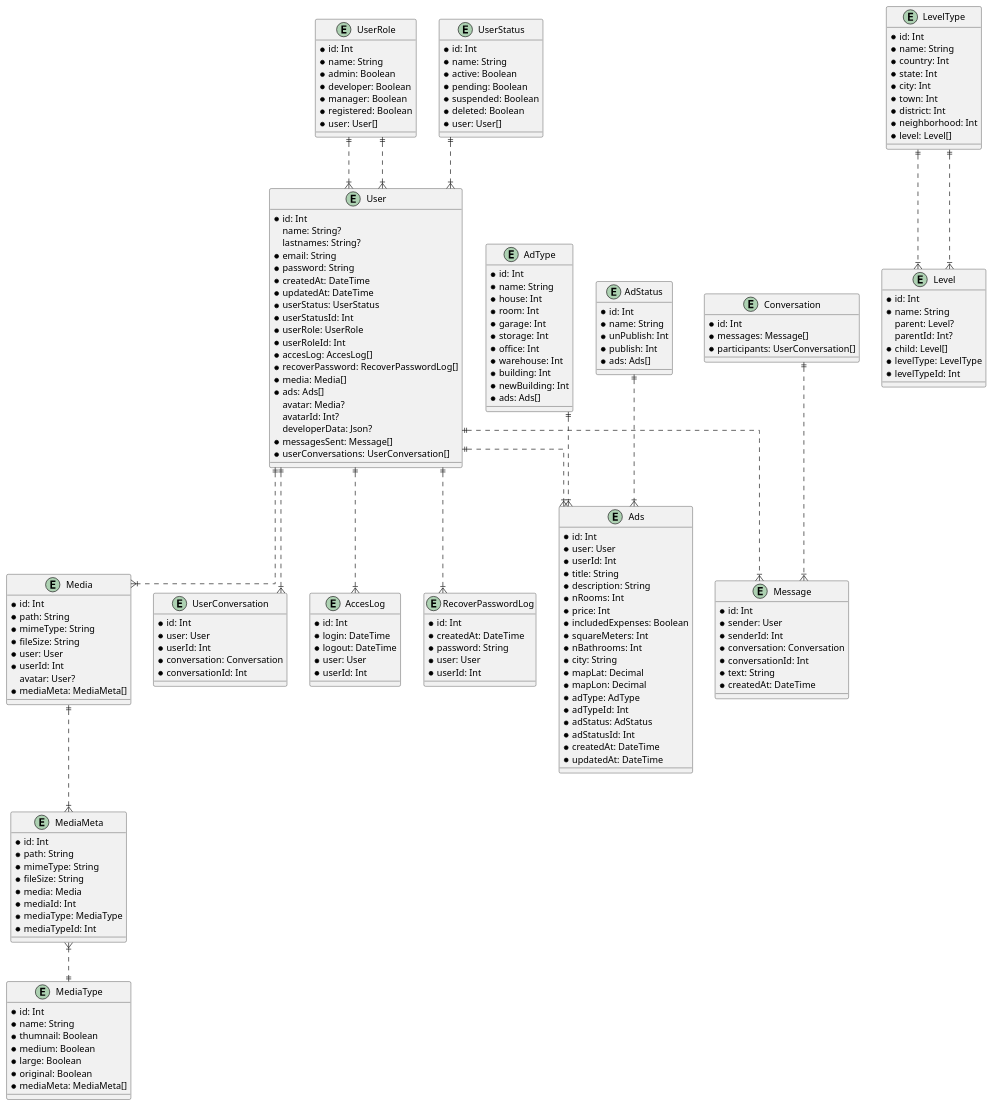
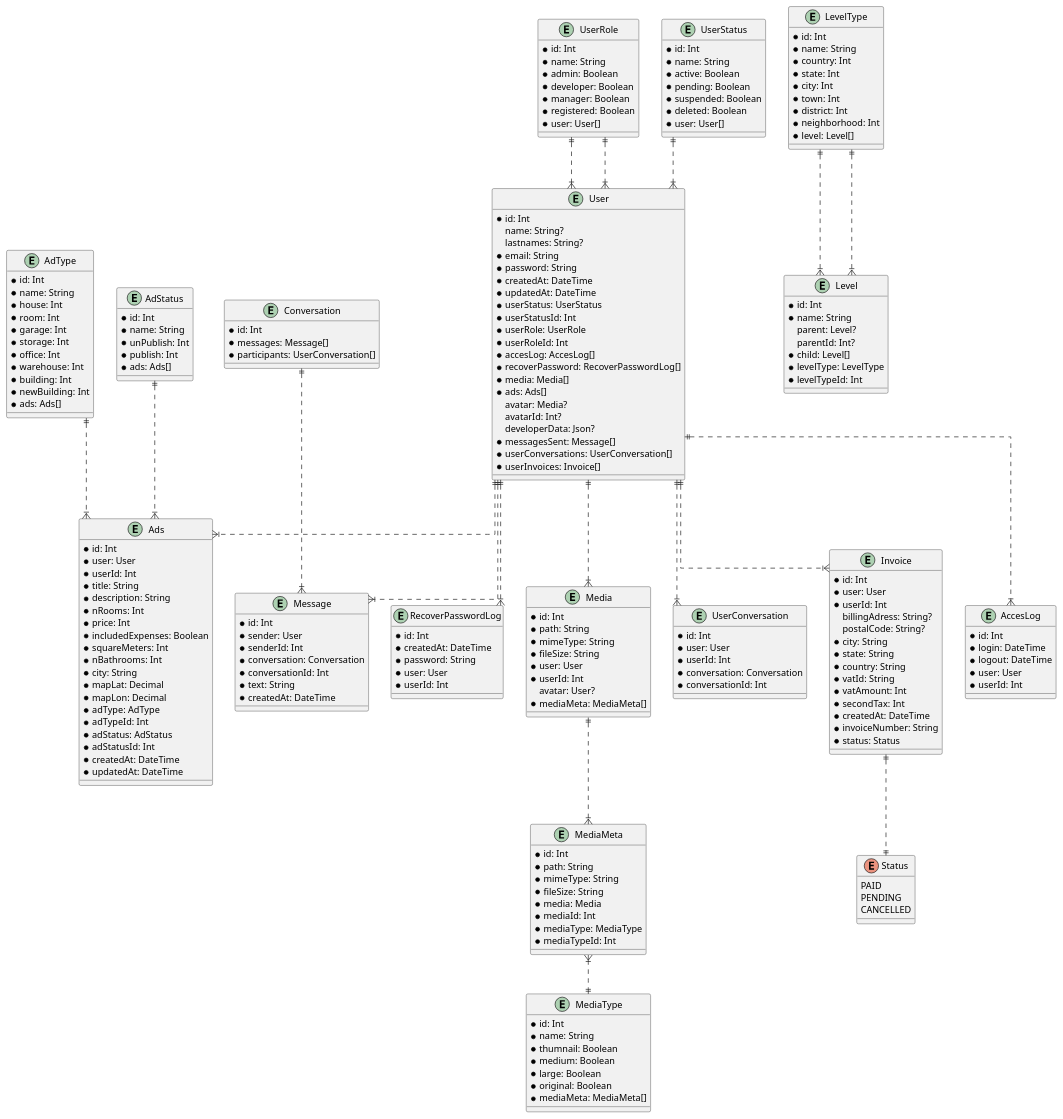
The diagram in backend/db/schema-db.puml (IT-Academy-BCN/ita-directory), drawn with PlantUML before and after one commit. The commit also changed 6 other files, not shown here.

Commit message:
Fixed invoice prisma schema

```diff
--- a/backend/db/schema-db.puml
+++ b/backend/db/schema-db.puml
@@ -1,6 +1,12 @@
 @startuml
 
 skinparam linetype ortho
+
+enum Status {
+  PAID
+  PENDING
+  CANCELLED
+}
 
 entity UserRole {
   * id: Int
@@ -43,6 +49,7 @@
   developerData: Json?
   * messagesSent: Message[]
   * userConversations: UserConversation[]
+  * userInvoices: Invoice[]
 }
 
 entity AccesLog {
@@ -183,6 +190,23 @@
   * createdAt: DateTime
 }
 
+entity Invoice {
+  * id: Int
+  * user: User
+  * userId: Int
+  billingAdress: String?
+  postalCode: String?
+  * city: String
+  * state: String
+  * country: String
+  * vatId: String
+  * vatAmount: Int
+  * secondTax: Int
+  * createdAt: DateTime
+  * invoiceNumber: String
+  * status: Status
+}
+
 UserRole ||..|{ User
 UserStatus ||..|{ User
 UserRole ||..|{ User
@@ -199,5 +223,7 @@
 Conversation ||..|{ Message
 User ||..|{ UserConversation
 User ||..|{ Message
+User ||..|{ Invoice
+Invoice ||..|| Status
 
 @enduml
```
